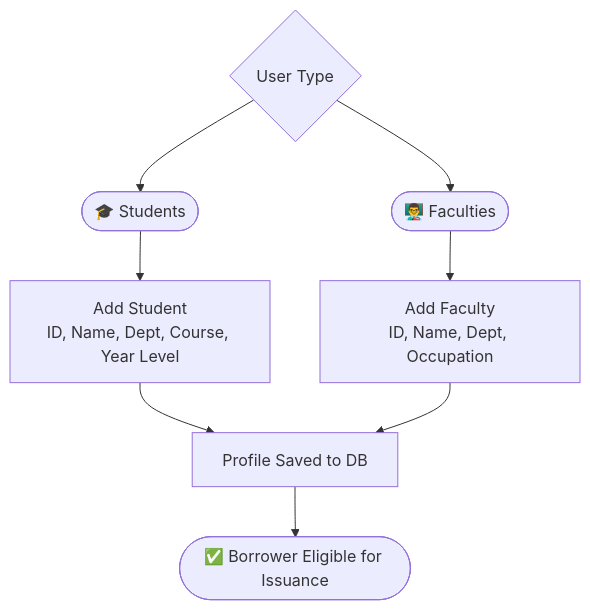
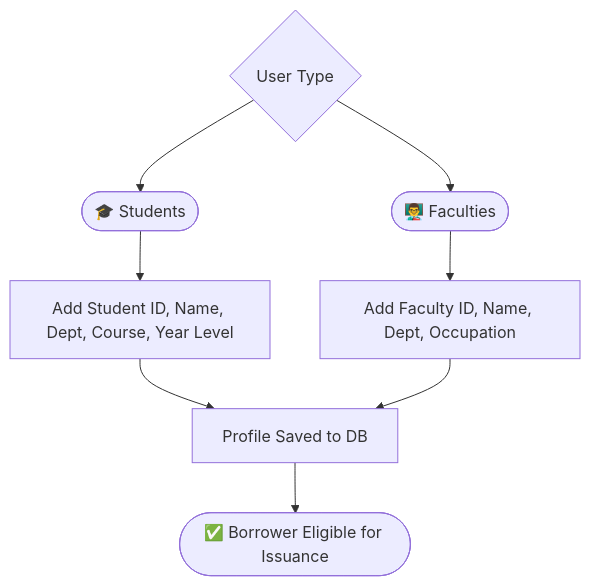
The third of 8 diagrams in Flowchart.md (ErickGaceta/BaguioCentralUniversity_LibraryManagementSystem), drawn with Mermaid before and after one commit. The commit also changed other lines of this file, not shown here.

````diff
--- a/Flowchart.md
+++ b/Flowchart.md
@@ -50,13 +50,13 @@
 ```mermaid
 flowchart TD
     A{User Type} --> B([🎓 Students])
     A --> C([👨‍🏫 Faculties])
 
-    B --> D[Add Student\nID, Name, Dept, Course, Year Level]
-    C --> E[Add Faculty\nID, Name, Dept, Occupation]
+    B --> D[Add Student ID, Name, Dept, Course, Year Level]
+    C --> E[Add Faculty ID, Name, Dept, Occupation]
 
     D --> F[Profile Saved to DB]
     E --> F
 
     F --> G([✅ Borrower Eligible for Issuance])
 ```
````
